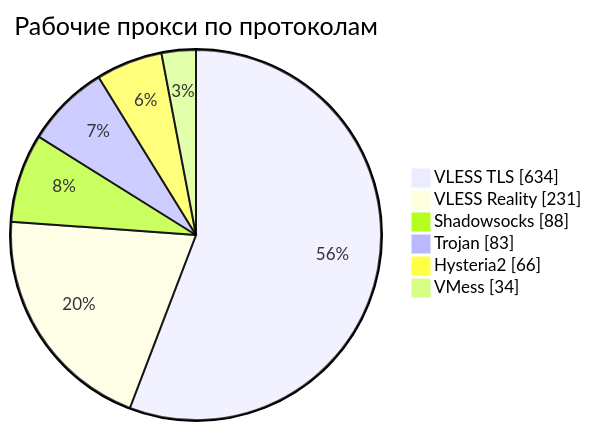
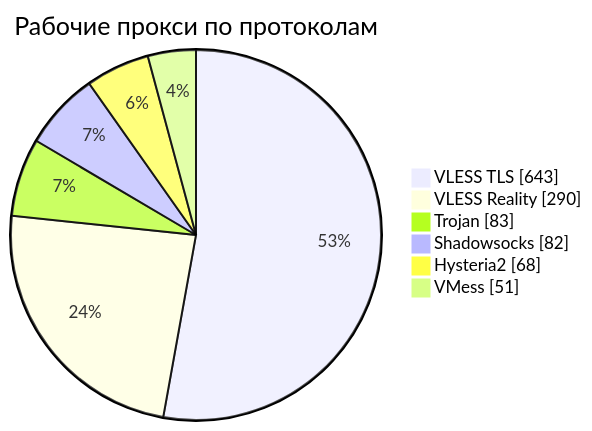
Before and after one commit to rvvg/proxy-subs: the third of 4 diagrams in README.md, drawn with Mermaid. The commit also changed other lines of this file and 40 other files, not shown here.

````diff
--- a/README.md
+++ b/README.md
@@ -130,10 +130,10 @@
 ```mermaid
 pie showData
     title Рабочие прокси по протоколам
-    "VLESS TLS" : 634
-    "VLESS Reality" : 231
-    "Shadowsocks" : 88
+    "VLESS TLS" : 643
+    "VLESS Reality" : 290
     "Trojan" : 83
-    "Hysteria2" : 66
-    "VMess" : 34
+    "Shadowsocks" : 82
+    "Hysteria2" : 68
+    "VMess" : 51
 ```
````
